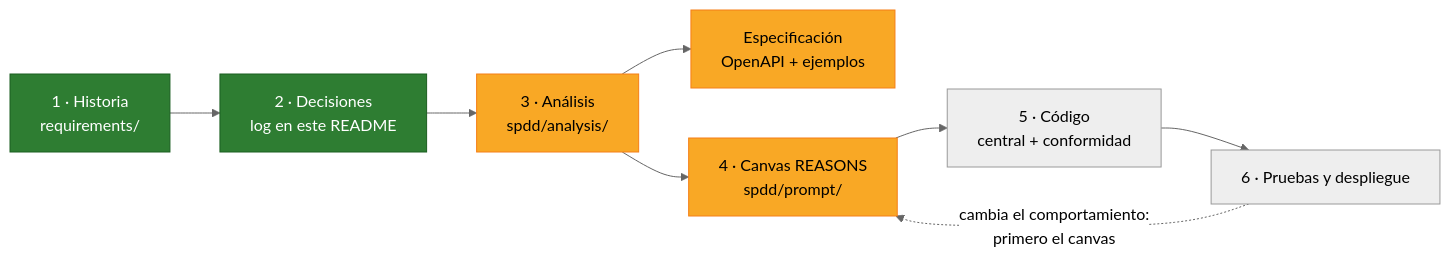
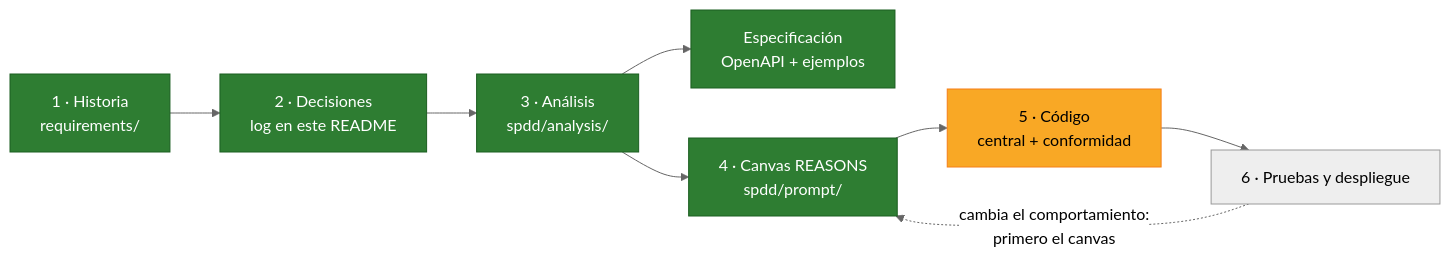
One commit to javierchacon262/central-server-dsp changed the first of 2 diagrams in README.md. Above: the diagram before and after it, drawn with Mermaid (neutral theme). The commit also changed other lines of this file and 4 other files, not shown here.

````diff
--- a/README.md
+++ b/README.md
@@ -27,14 +27,14 @@
 ```mermaid
 flowchart LR
     H["1 · Historia<br/>requirements/"] --> C["2 · Decisiones<br/>log en este README"]
     C --> AN["3 · Análisis<br/>spdd/analysis/"]
     AN --> ES["Especificación<br/>OpenAPI + ejemplos"]
     AN --> CV["4 · Canvas REASONS<br/>spdd/prompt/"]
     CV --> G["5 · Código<br/>central + conformidad"]
     G --> T["6 · Pruebas y despliegue"]
     T -.->|"cambia el comportamiento:<br/>primero el canvas"| CV
     classDef hecho fill:#2e7d32,stroke:#1b5e20,color:#ffffff
     classDef actual fill:#f9a825,stroke:#f57f17,color:#000000
-    class H,C hecho
-    class AN,ES,CV actual
+    class H,C,AN,ES,CV hecho
+    class G actual
 ```
````
